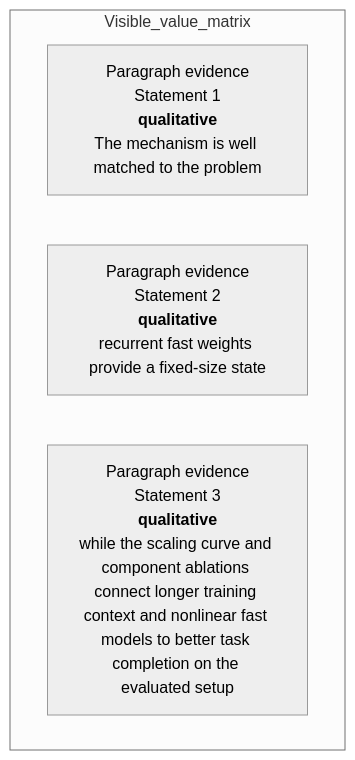
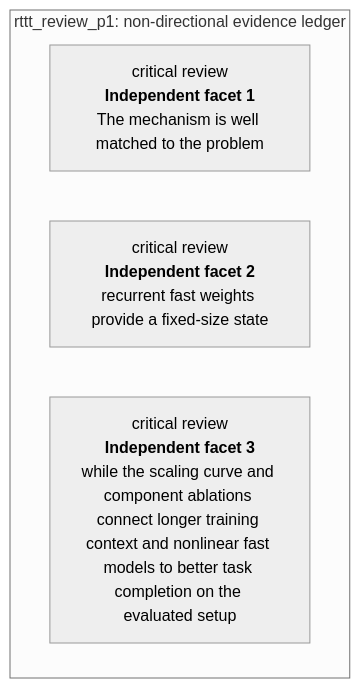
Before and after one commit to Betancourt1/paper_atlas: diagram 44 of 48 in docs/visual-manifests/VISUAL_MANIFEST_ROBOTT.md, drawn with Mermaid (neutral theme). The commit also changed other lines of this file and 7 other files, not shown here.

````diff
--- a/docs/visual-manifests/VISUAL_MANIFEST_ROBOTT.md
+++ b/docs/visual-manifests/VISUAL_MANIFEST_ROBOTT.md
@@ -3704,8 +3712,8 @@
 ```mermaid
 flowchart TB
-  subgraph Visible_value_matrix
-    r1["Paragraph evidence<br/>Statement 1<br/><b>qualitative</b><br/>The mechanism is well matched to the problem"]
-    r2["Paragraph evidence<br/>Statement 2<br/><b>qualitative</b><br/>recurrent fast weights provide a fixed-size state"]
-    r3["Paragraph evidence<br/>Statement 3<br/><b>qualitative</b><br/>while the scaling curve and component ablations connect longer training context and nonlinear fast models to better task completion on the evaluated setup"]
+  subgraph Ledger["rttt_review_p1: non-directional evidence ledger"]
+    r1["critical review<br/><b>Independent facet 1</b><br/>The mechanism is well matched to the problem"]
+    r2["critical review<br/><b>Independent facet 2</b><br/>recurrent fast weights provide a fixed-size state"]
+    r3["critical review<br/><b>Independent facet 3</b><br/>while the scaling curve and component ablations connect longer training context and nonlinear fast models to better task completion on the evaluated setup"]
   end
 ```
````
